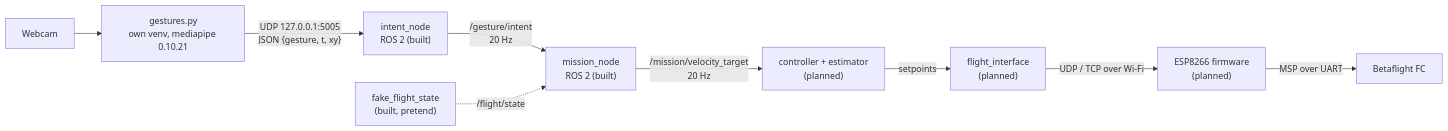
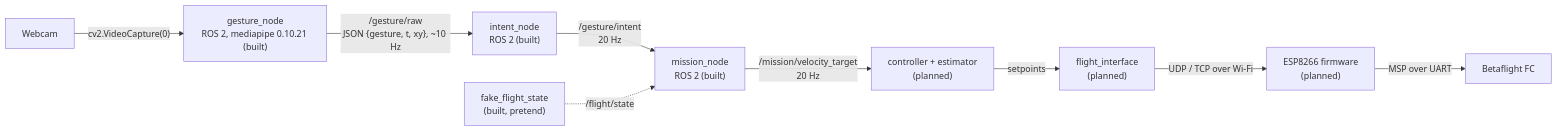
The diagram in docs/PraticalPlan/06 Gestures/00 Gesture Pipeline.md (SEAME-pt/SEA-ME_Team1_ROSRangers), drawn with Mermaid before and after one commit. The commit also changed other lines of this file and 25 other files, not shown here.

Commit message:
New gesture node

````diff
--- a/docs/PraticalPlan/06 Gestures/00 Gesture Pipeline.md
+++ b/docs/PraticalPlan/06 Gestures/00 Gesture Pipeline.md
@@ -29,11 +29,11 @@
 ```mermaid
 flowchart LR
-  W[Webcam] --> R["gestures.py<br/>own venv, mediapipe 0.10.21"]
-  R -->|"UDP 127.0.0.1:5005<br/>JSON {gesture, t, xy}"| G["intent_node<br/>ROS 2 (built)"]
+  W[Webcam] -->|"cv2.VideoCapture(0)"| R["gesture_node<br/>ROS 2, mediapipe 0.10.21 (built)"]
+  R -->|"/gesture/raw<br/>JSON {gesture, t, xy}, ~10 Hz"| G["intent_node<br/>ROS 2 (built)"]
   G -->|"/gesture/intent<br/>20 Hz"| M["mission_node<br/>ROS 2 (built)"]
   FFS["fake_flight_state<br/>(built, pretend)"] -.->|"/flight/state"| M
   M -->|"/mission/velocity_target<br/>20 Hz"| C["controller + estimator<br/>(planned)"]
   C -->|setpoints| FI["flight_interface<br/>(planned)"]
   FI -->|"UDP / TCP over Wi-Fi"| E["ESP8266 firmware<br/>(planned)"]
   E -->|"MSP over UART"| FC[Betaflight FC]
 ```
````
